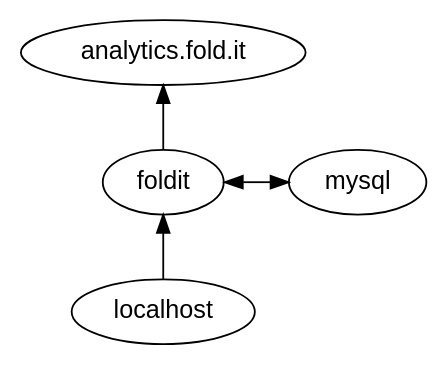
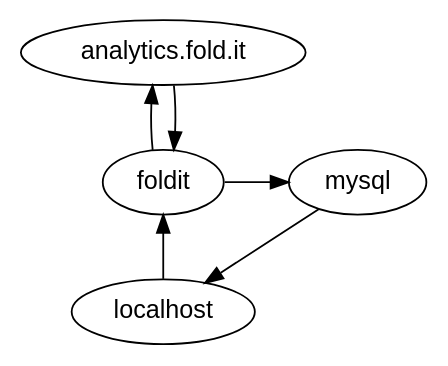
Before and after one commit to pedmiston/foldit-server: the diagram in architecture.gv, drawn with Graphviz. The commit also changed 6 other files, not shown here.

```diff
--- a/architecture.gv
+++ b/architecture.gv
@@ -1,9 +1,11 @@
 digraph {
   node[fontname=Helvetica];
   rankdir = BT;
   localhost -> foldit -> analytics_fold_it;
+  analytics_fold_it -> foldit;
   { rank=same; foldit, mysql; }
-  foldit -> mysql[minlen=2 dir=both];
+  foldit -> mysql[minlen=2];
+  mysql -> localhost[constraint=false];
 
   analytics_fold_it[label="analytics.fold.it"];
 }
```
